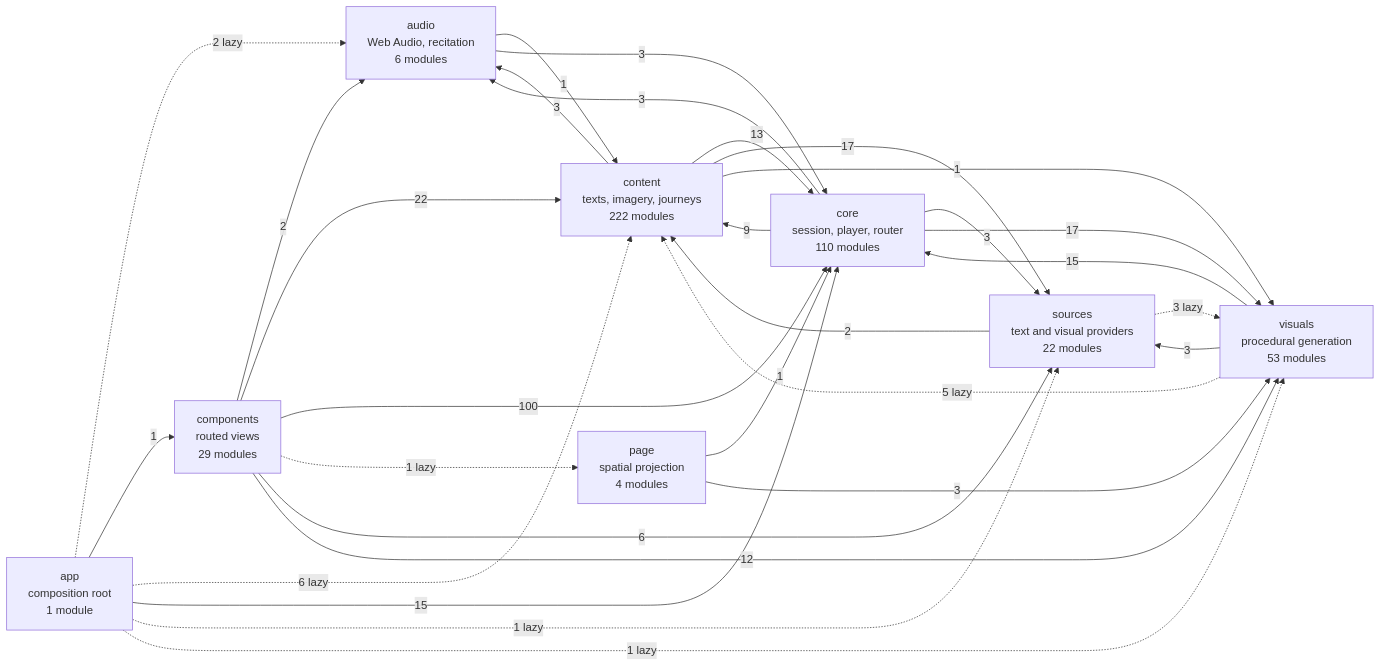
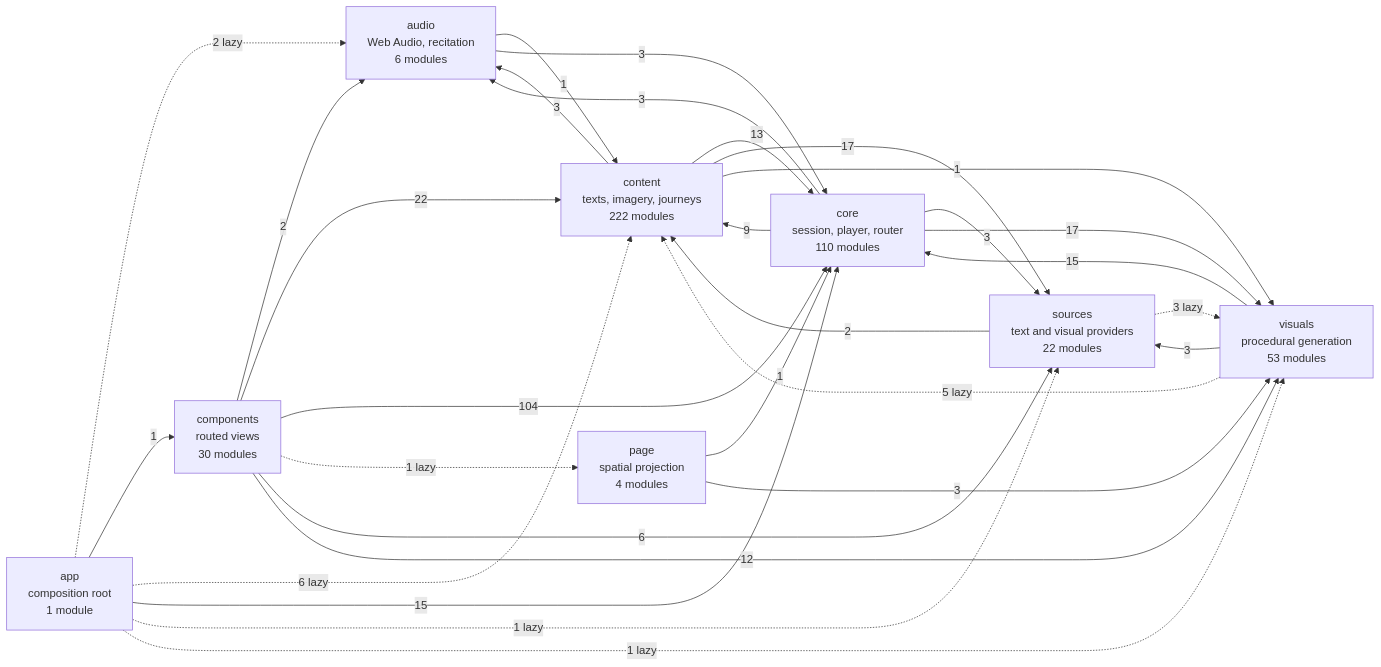
The diagram in docs/specs/ARCHITECTURE.md (SyberLabs/RISE), drawn with Mermaid before and after one commit. The commit also changed 6 other files, not shown here.

````diff
--- a/docs/specs/ARCHITECTURE.md
+++ b/docs/specs/ARCHITECTURE.md
@@ -149,41 +149,41 @@
 ```mermaid
 flowchart LR
     app["app<br/>composition root<br/>1 module"]
     audio["audio<br/>Web Audio, recitation<br/>6 modules"]
-    components["components<br/>routed views<br/>29 modules"]
+    components["components<br/>routed views<br/>30 modules"]
     content["content<br/>texts, imagery, journeys<br/>222 modules"]
     core["core<br/>session, player, router<br/>110 modules"]
     page["page<br/>spatial projection<br/>4 modules"]
     sources["sources<br/>text and visual providers<br/>22 modules"]
     visuals["visuals<br/>procedural generation<br/>53 modules"]
 
     app -.-> |2 lazy| audio
     app --> |1| components
     app -.-> |6 lazy| content
     app --> |15| core
     app -.-> |1 lazy| sources
     app -.-> |1 lazy| visuals
     audio --> |1| content
     audio --> |3| core
     components --> |2| audio
     components --> |22| content
-    components --> |100| core
+    components --> |104| core
     components -.-> |1 lazy| page
     components --> |6| sources
     components --> |12| visuals
     content --> |3| audio
     content --> |13| core
     content --> |17| sources
     content --> |1| visuals
     core --> |3| audio
     core --> |9| content
     core --> |3| sources
     core --> |17| visuals
     page --> |1| core
     page --> |3| visuals
     sources --> |2| content
     sources -.-> |3 lazy| visuals
     visuals -.-> |5 lazy| content
     visuals --> |15| core
     visuals --> |3| sources
 ```
````
